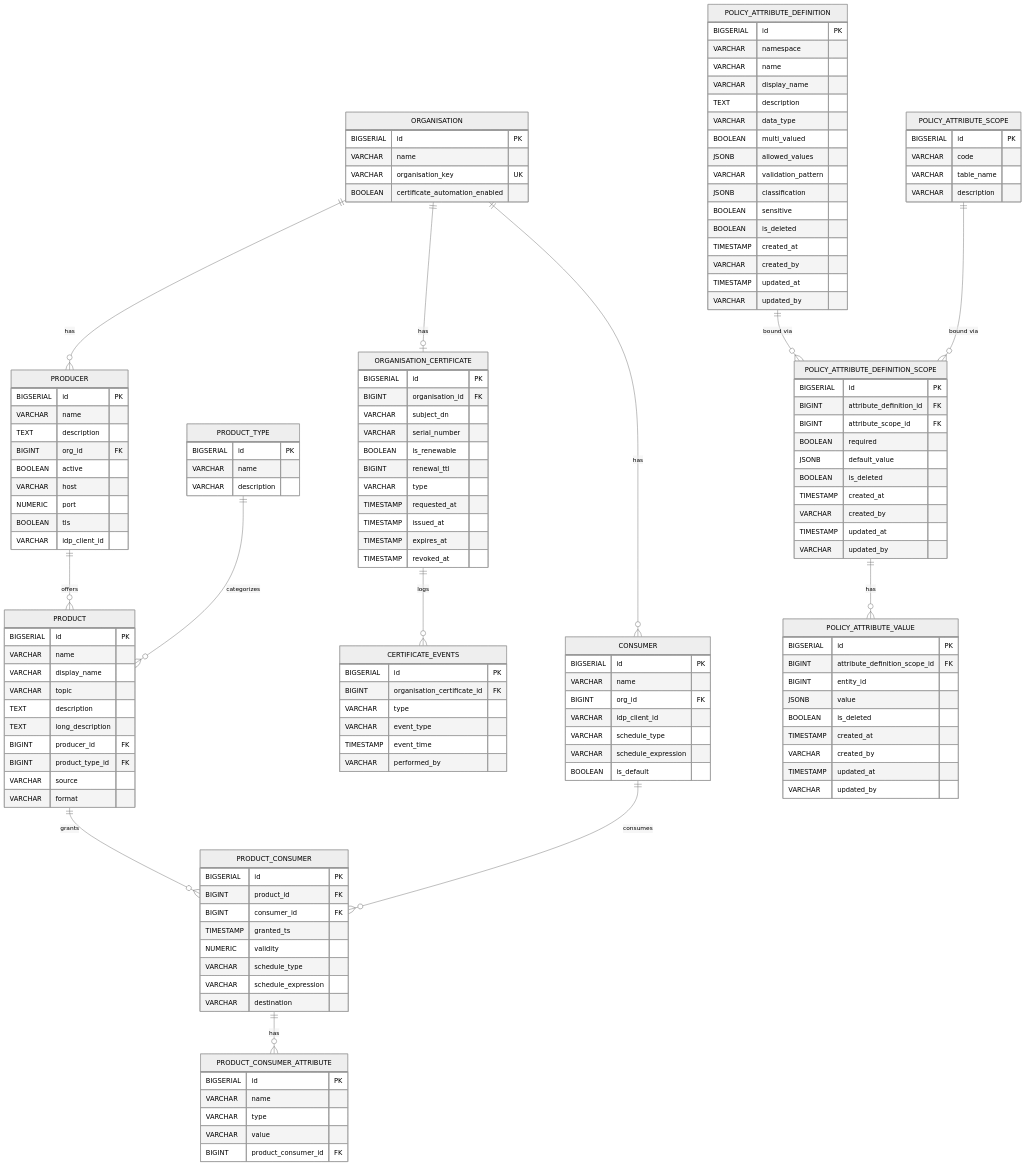
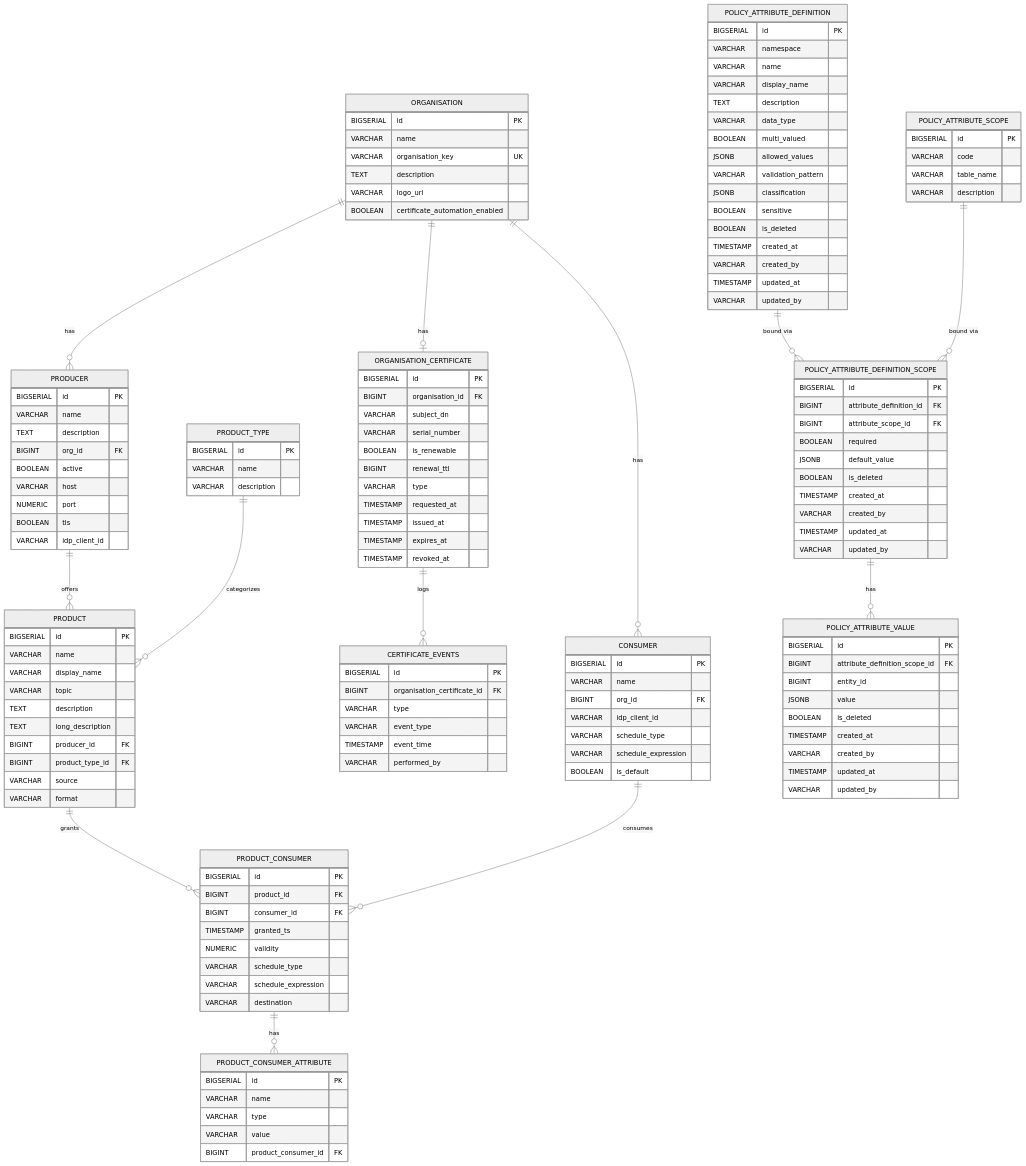
Before and after one commit to National-Node-Net/management-node: the diagram in docs/DATABASE_SCHEMA.md, drawn with Mermaid (neutral theme). The commit also changed other lines of this file and 17 other files, not shown here.

Commit message:
feat(dpav-3443): return the organisation's description and logo with a product

```diff
--- a/docs/DATABASE_SCHEMA.md
+++ b/docs/DATABASE_SCHEMA.md
@@ -47,6 +47,8 @@
     BIGSERIAL id PK
     VARCHAR name
     VARCHAR organisation_key UK
+    TEXT description
+    VARCHAR logo_url
     BOOLEAN certificate_automation_enabled
   }
   PRODUCER {
```
